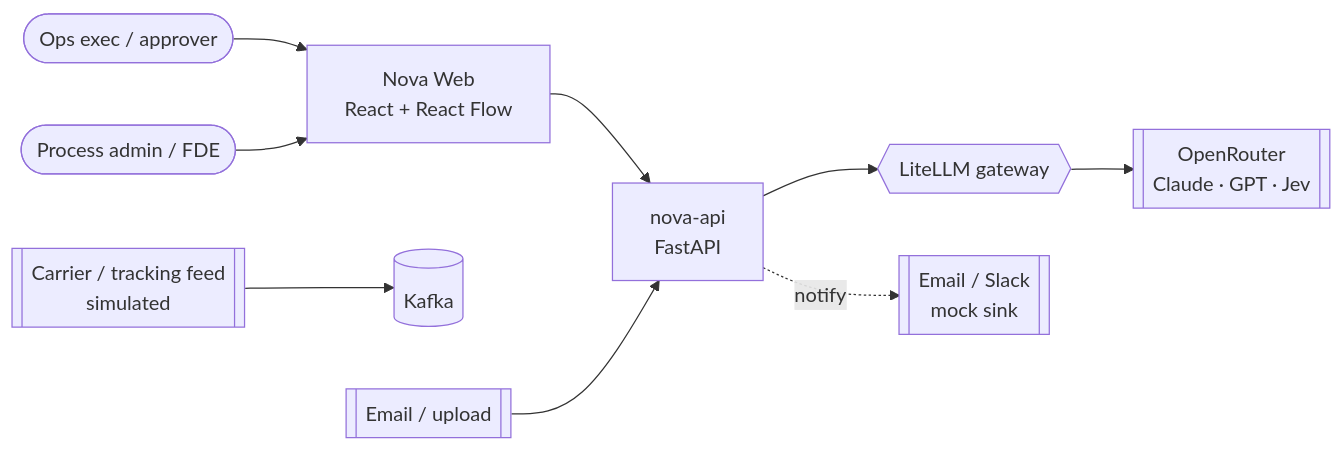
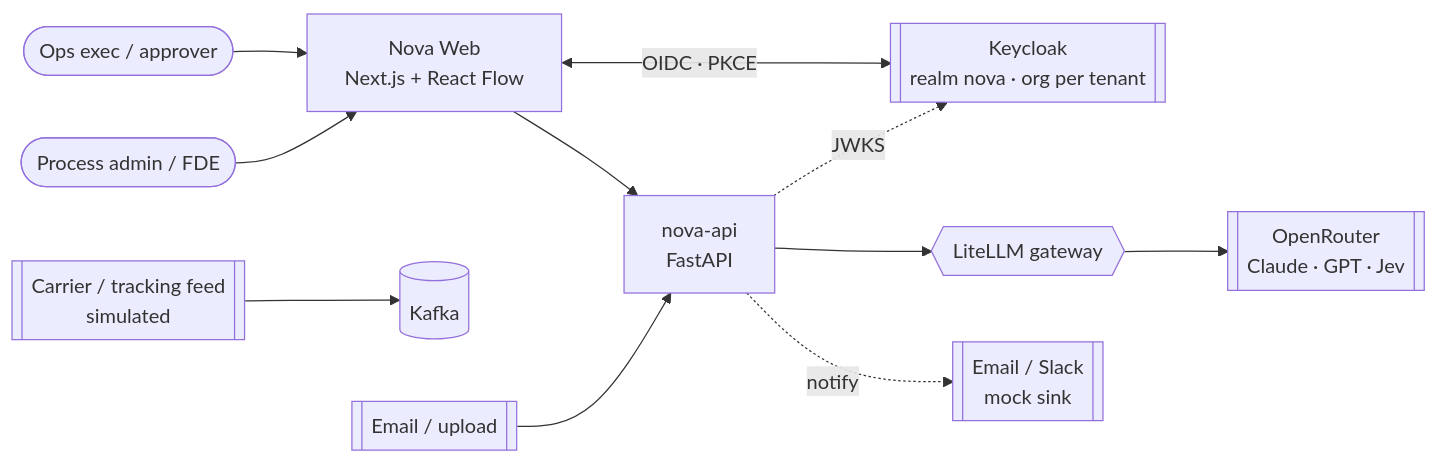
One commit to Prateek1771/nova-gocomet changed the first of 5 diagrams in docs/02-hld.md. Above: the diagram before and after it, drawn with Mermaid. The commit also changed other lines of this file and 93 other files, not shown here.

````diff
--- a/docs/02-hld.md
+++ b/docs/02-hld.md
@@ -9,11 +9,13 @@
 ```mermaid
 flowchart LR
   ops([Ops exec / approver]) --> web
   admin([Process admin / FDE]) --> web
-  web[Nova Web<br/>React + React Flow] --> api[nova-api<br/>FastAPI]
+  web <-->|OIDC · PKCE| kc[[Keycloak<br/>realm nova · org per tenant]]
+  api -. JWKS .-> kc
+  web[Nova Web<br/>Next.js + React Flow] --> api[nova-api<br/>FastAPI]
   carrier[[Carrier / tracking feed<br/>simulated]] --> kafka[(Kafka)]
   email[[Email / upload]] --> api
   api --> llm{{LiteLLM gateway}}
   llm --> or[[OpenRouter<br/>Claude · GPT · Jev]]
   api -. notify .-> notif[[Email / Slack<br/>mock sink]]
 ```
````
